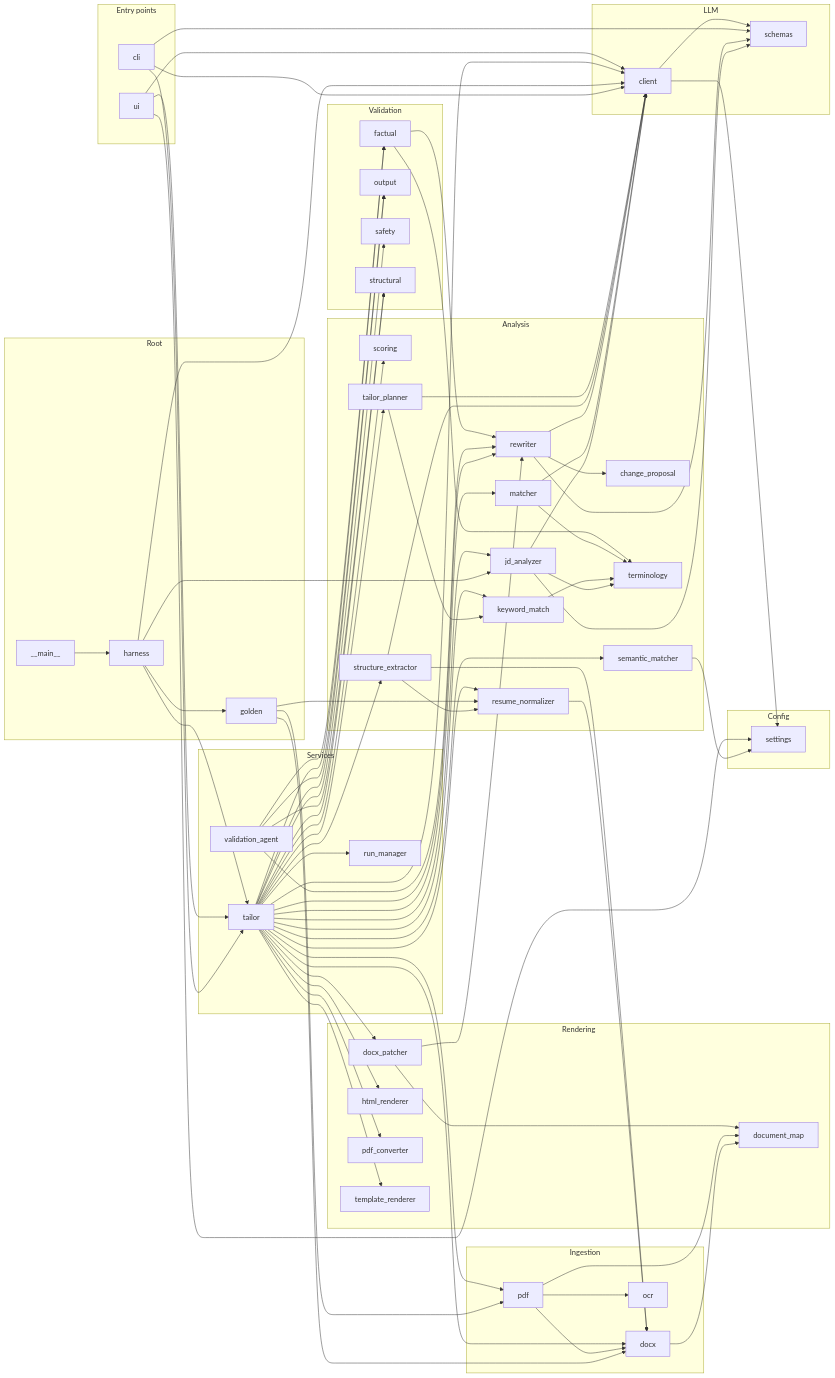
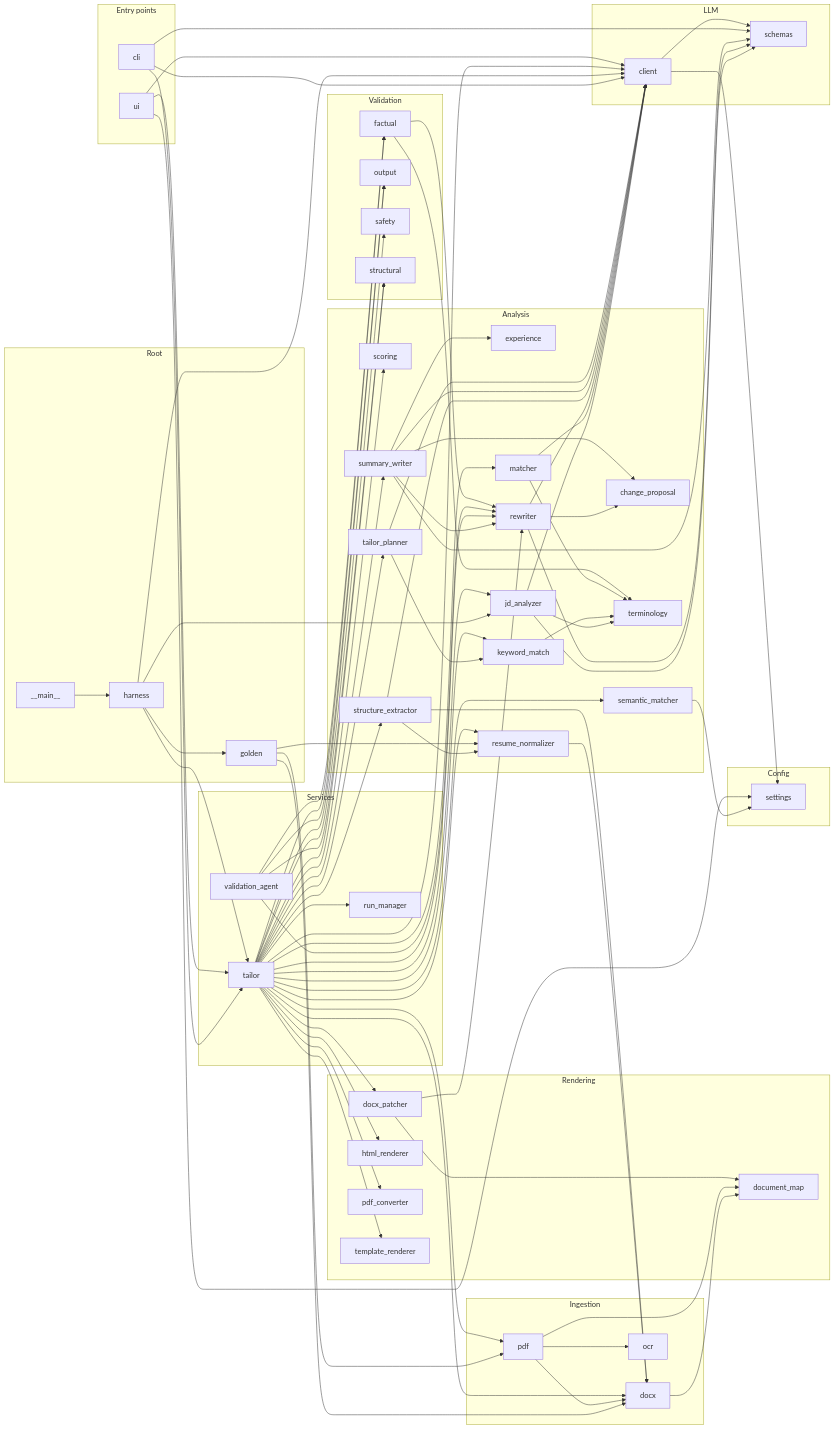
Before and after one commit to alwayss-snape/Resume-optimizer: the diagram in docs/KNOWLEDGE_GRAPH.md, drawn with Mermaid. The commit also changed other lines of this file and 13 other files, not shown here.

```diff
--- a/docs/KNOWLEDGE_GRAPH.md
+++ b/docs/KNOWLEDGE_GRAPH.md
@@ -752,6 +791,7 @@
 flowchart LR
   subgraph Analysis[Analysis]
     analysis_change_proposal[change_proposal]
+    analysis_experience[experience]
     analysis_jd_analyzer[jd_analyzer]
     analysis_keyword_match[keyword_match]
     analysis_matcher[matcher]
@@ -760,6 +800,7 @@
     analysis_scoring[scoring]
     analysis_semantic_matcher[semantic_matcher]
     analysis_structure_extractor[structure_extractor]
+    analysis_summary_writer[summary_writer]
     analysis_tailor_planner[tailor_planner]
     analysis_terminology[terminology]
   end
@@ -816,6 +857,11 @@
   analysis_structure_extractor --> analysis_resume_normalizer
   analysis_structure_extractor --> ingestion_docx
   analysis_structure_extractor --> llm_client
+  analysis_summary_writer --> analysis_change_proposal
+  analysis_summary_writer --> analysis_experience
+  analysis_summary_writer --> analysis_rewriter
+  analysis_summary_writer --> llm_client
+  analysis_summary_writer --> llm_schemas
   analysis_tailor_planner --> analysis_keyword_match
   analysis_tailor_planner --> llm_client
   cli --> llm_client
@@ -845,6 +891,7 @@
   services_tailor --> analysis_scoring
   services_tailor --> analysis_semantic_matcher
   services_tailor --> analysis_structure_extractor
+  services_tailor --> analysis_summary_writer
   services_tailor --> analysis_tailor_planner
   services_tailor --> ingestion_docx
   services_tailor --> ingestion_pdf
```
